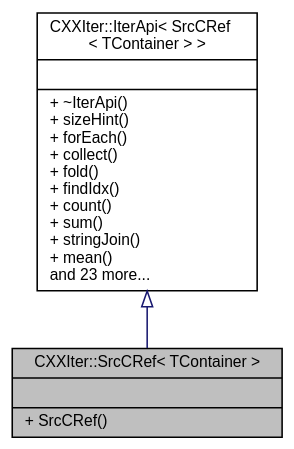
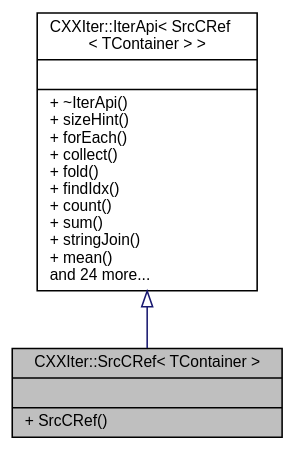
The diagram in classCXXIter_1_1SrcCRef__coll__graph.dot (seijikun/CXXIter), drawn with Graphviz before and after one commit. The commit also changed 49 other files, not shown here.

```diff
--- a/classCXXIter_1_1SrcCRef__coll__graph.dot
+++ b/classCXXIter_1_1SrcCRef__coll__graph.dot
@@ -1,11 +1,11 @@
 digraph "CXXIter::SrcCRef&lt; TContainer &gt;"
 {
  // INTERACTIVE_SVG=YES
  // LATEX_PDF_SIZE
   bgcolor="transparent";
   edge [fontname="Helvetica",fontsize="10",labelfontname="Helvetica",labelfontsize="10"];
   node [fontname="Helvetica",fontsize="10",shape=record];
   Node1 [label="{CXXIter::SrcCRef\< TContainer \>\n||+ SrcCRef()\l}",height=0.2,width=0.4,color="black", fillcolor="grey75", style="filled", fontcolor="black",tooltip="CXXIter iterator source that immutably borrows the input item source, and passes immutable references..."];
   Node2 -> Node1 [dir="back",color="midnightblue",fontsize="10",style="solid",arrowtail="onormal",fontname="Helvetica"];
-  Node2 [label="{CXXIter::IterApi\< SrcCRef\l\< TContainer \> \>\n||+ ~IterApi()\l+ sizeHint()\l+ forEach()\l+ collect()\l+ fold()\l+ findIdx()\l+ count()\l+ sum()\l+ stringJoin()\l+ mean()\land 23 more...\l}",height=0.2,width=0.4,color="black",URL="$classCXXIter_1_1IterApi.html",tooltip=" "];
+  Node2 [label="{CXXIter::IterApi\< SrcCRef\l\< TContainer \> \>\n||+ ~IterApi()\l+ sizeHint()\l+ forEach()\l+ collect()\l+ fold()\l+ findIdx()\l+ count()\l+ sum()\l+ stringJoin()\l+ mean()\land 24 more...\l}",height=0.2,width=0.4,color="black",URL="$classCXXIter_1_1IterApi.html",tooltip=" "];
 }
```
